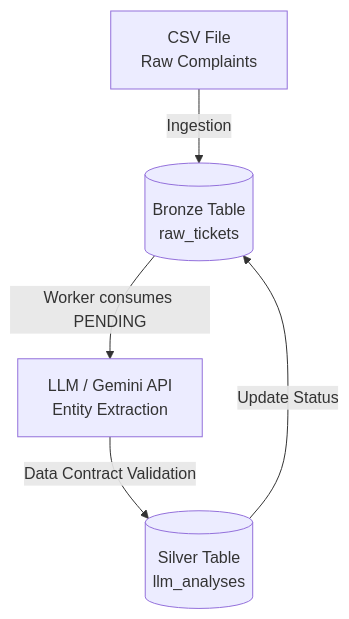
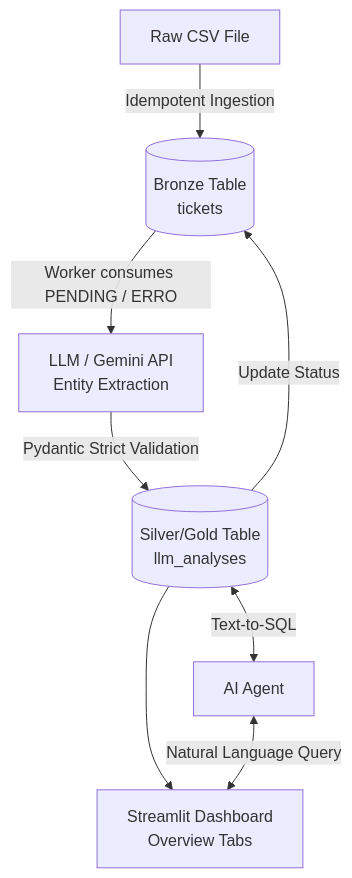
The diagram in README.md (joaosilva-watanabe/Agentic_Ticket_Analytics-NLP_to_SQL_Pipeline), drawn with Mermaid before and after one commit. The commit also changed other lines of this file and 4 other files, not shown here.

````diff
--- a/README.md
+++ b/README.md
@@ -14,7 +18,10 @@
 ```mermaid
 graph TD;
-    A[CSV File<br>Raw Complaints] -->|Ingestion| B[(Bronze Table<br>raw_tickets)]
-    B -->|Worker consumes PENDING| C[LLM / Gemini API<br>Entity Extraction]
-    C -->|Data Contract Validation| D[(Silver Table<br>llm_analyses)]
+    A[Raw CSV File] -->|Idempotent Ingestion| B[(Bronze Table<br>tickets)]
+    B -->|Worker consumes PENDING / ERRO| C[LLM / Gemini API<br>Entity Extraction]
+    C -->|Pydantic Strict Validation| D[(Silver/Gold Table<br>llm_analyses)]
     D -->|Update Status| B
+    D --> E[Streamlit Dashboard<br>Overview Tabs]
+    D <-->|Text-to-SQL| F[AI Agent]
+    F <-->|Natural Language Query| E
 ```
````
